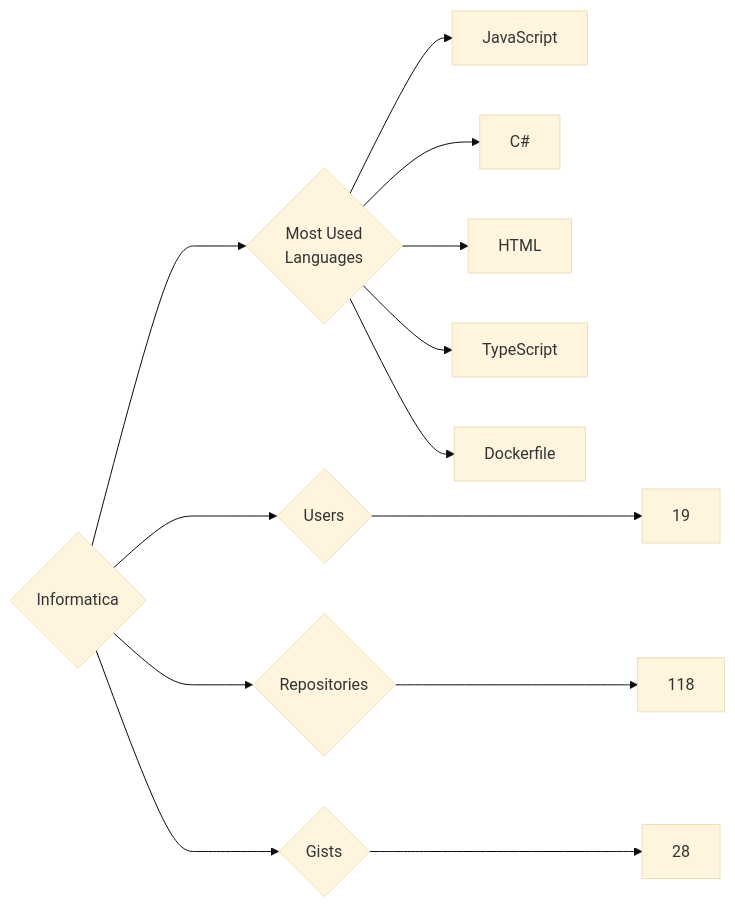
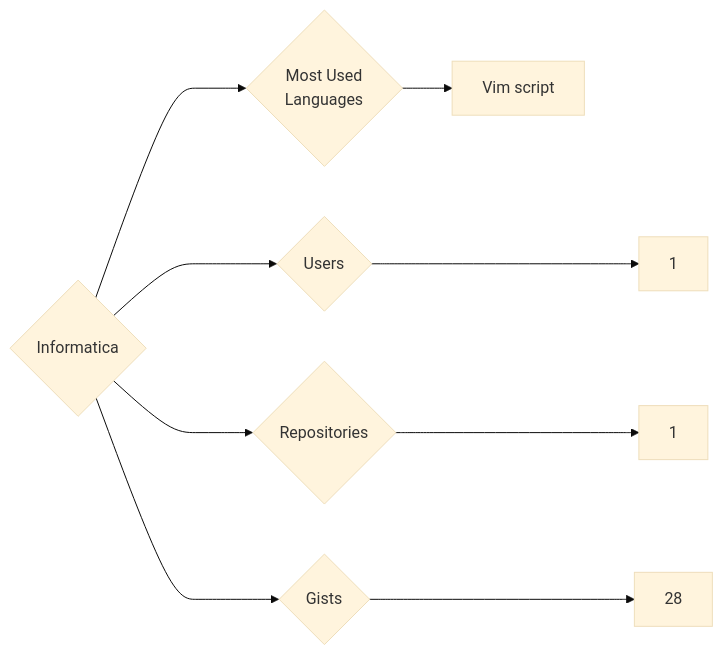
The diagram in targets/Informatica/README.md (trickest/insiders), drawn with Mermaid (base theme) before and after one commit. The commit also changed 823 other files, not shown here.

````diff
--- a/targets/Informatica/README.md
+++ b/targets/Informatica/README.md
@@ -3,13 +3,9 @@
 ```mermaid
 graph LR
 COMPANY_NAME{Informatica}
-COMPANY_NAME ---> U{Users} ---> UN[19]
-COMPANY_NAME ---> R{Repositories} ---> RN[118]
+COMPANY_NAME ---> U{Users} ---> UN[1]
+COMPANY_NAME ---> R{Repositories} ---> RN[1]
 COMPANY_NAME ---> G{Gists} ---> GN[28]
 COMPANY_NAME ---> ML{Most Used<br>Languages}
-ML --> JavaScript[JavaScript]
-ML --> C#[C#]
-ML --> HTML[HTML]
-ML --> TypeScript[TypeScript]
-ML --> Dockerfile[Dockerfile]
+ML --> Vim_script[Vim script]
 ```
````
